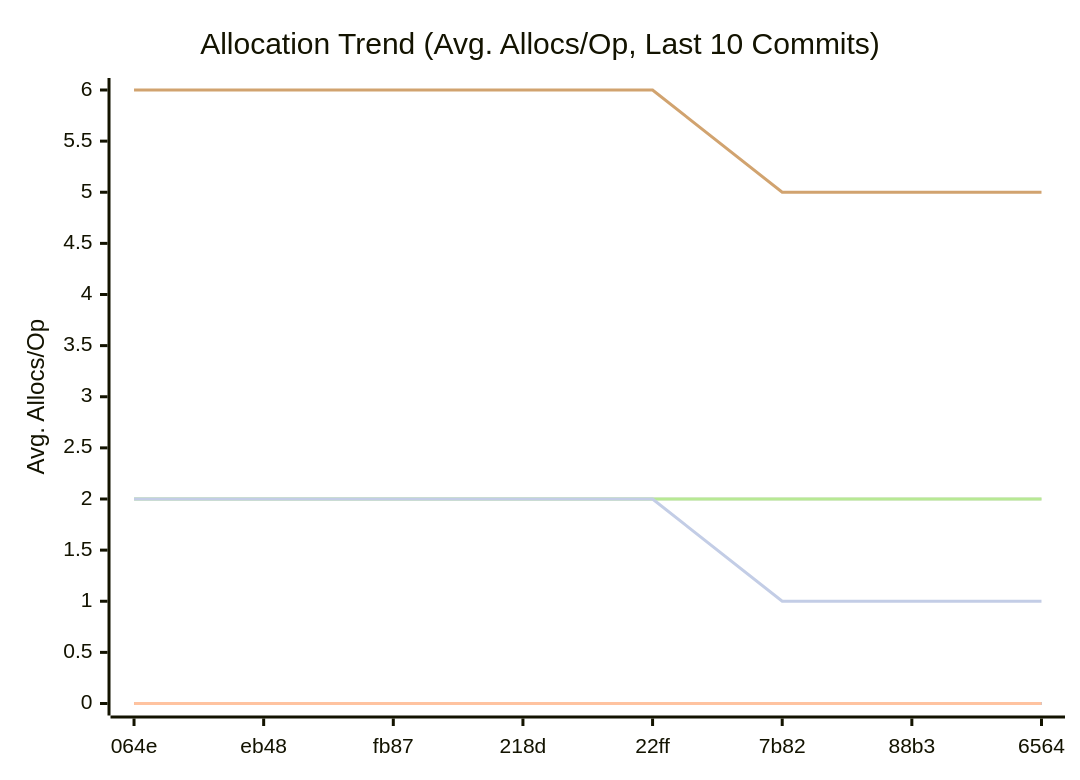
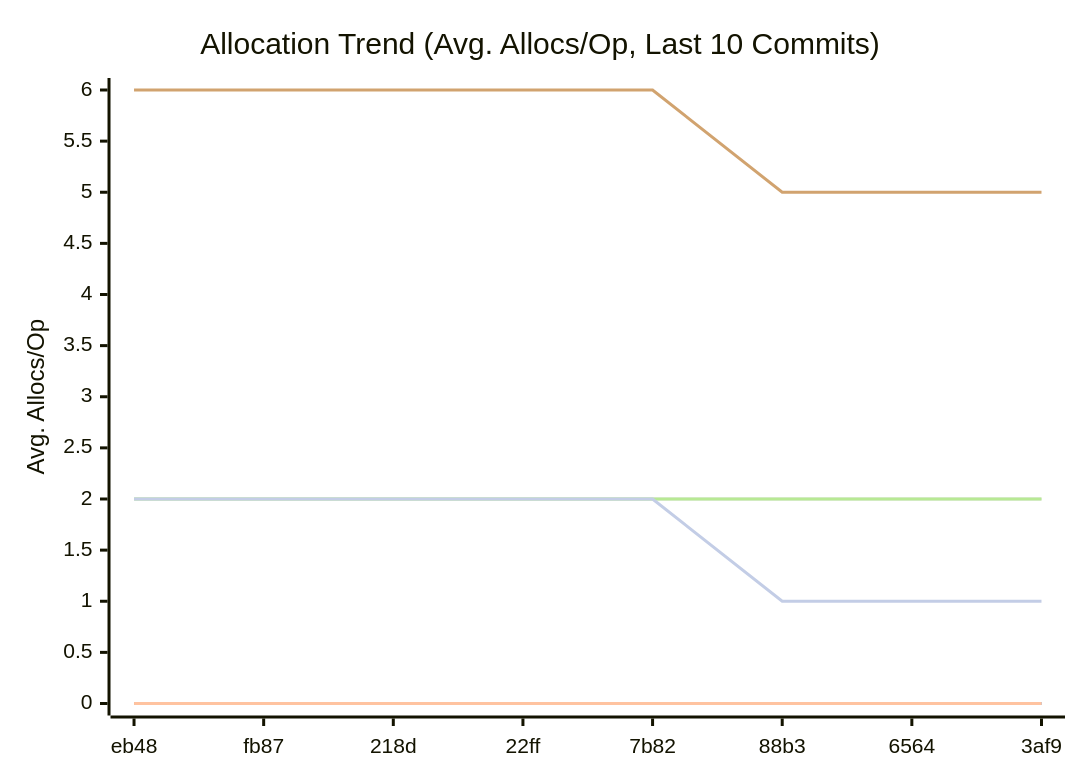
Before and after one commit to alsotoes/momo: the third of 3 diagrams in doc/README.md, drawn with Mermaid. The commit also changed other lines of this file and 1 other file, not shown here.

````diff
--- a/doc/README.md
+++ b/doc/README.md
@@ -326,14 +326,14 @@
 ```mermaid
 xychart-beta
     title "Allocation Trend (Avg. Allocs/Op, Last 10 Commits)"
     x-axis "Commit"
     y-axis "Avg. Allocs/Op"
-    x-axis [064e,eb48,fb87,218d,22ff,7b82,88b3,6564]
+    x-axis [eb48,fb87,218d,22ff,7b82,88b3,6564,3af9]
     line "CheckMetricsAndSwap" [0,0,0,0,0,0,0,0,0,0]
     line "IndexDirectTracking" [0,0,0,0,0,0,0,0,0,0]
     line "IndexSearch" [0,0,0,0,0,0,0,0,0,0]
     line "LoadGlobalConfig" [2,2,2,2,2,2,2,2,2,2]
     line "PadString" [2,2,2,2,2,2,2,2,2,2]
     line "ParseReplicationOrder_NoPrealloc" [6,6,6,6,6,5,5,5,5,5]
     line "ParseReplicationOrder_Prealloc" [2,2,2,2,2,1,1,1,1,1]
 ```
````
